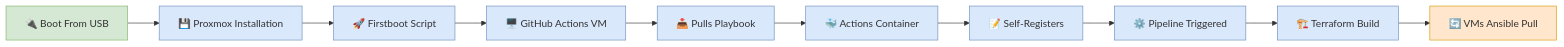
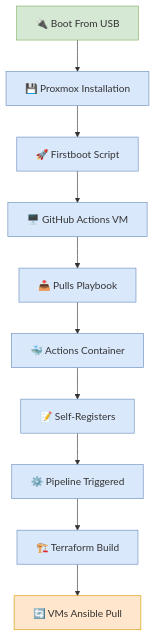
One commit to tekore/HomeOps changed the diagram in README.md. Above: the diagram before and after it, drawn with Mermaid.

Commit message:
README graph updates

````diff
--- a/README.md
+++ b/README.md
@@ -14,28 +14,28 @@
 ```mermaid
-flowchart LR
+flowchart TD
     Boot["🔌 Boot From USB"] --> Proxmox["💾 Proxmox Installation"]
     Proxmox --> FirstBoot["🚀 Firstboot Script"]
     FirstBoot --> GithubVM["🖥️ GitHub Actions VM"]
     GithubVM --> PullPlaybook["📥 Pulls Playbook"]
     
     %% Second row, flowing back to the left
     PullPlaybook --> ActionsContainer["🐳 Actions Container"]
     ActionsContainer --> SelfRegister["📝 Self-Registers"]
     SelfRegister --> Pipeline["⚙️ Pipeline Triggered"]
     
     %% Third row, flowing right again
     Pipeline --> Terraform["🏗️ Terraform Build"]
     Terraform --> AnsiblePull["🔄 VMs Ansible Pull"]
     
     %% Styling
     style Boot fill:#d5e8d4,stroke:#82b366,color:#333
     style Proxmox fill:#dae8fc,stroke:#6c8ebf,color:#333
     style FirstBoot fill:#dae8fc,stroke:#6c8ebf,color:#333
     style GithubVM fill:#dae8fc,stroke:#6c8ebf,color:#333
     style PullPlaybook fill:#dae8fc,stroke:#6c8ebf,color:#333
     style ActionsContainer fill:#dae8fc,stroke:#6c8ebf,color:#333
     style SelfRegister fill:#dae8fc,stroke:#6c8ebf,color:#333
     style Pipeline fill:#dae8fc,stroke:#6c8ebf,color:#333
     style Terraform fill:#dae8fc,stroke:#6c8ebf,color:#333
     style AnsiblePull fill:#ffe6cc,stroke:#d79b00,color:#333
 ```
````
